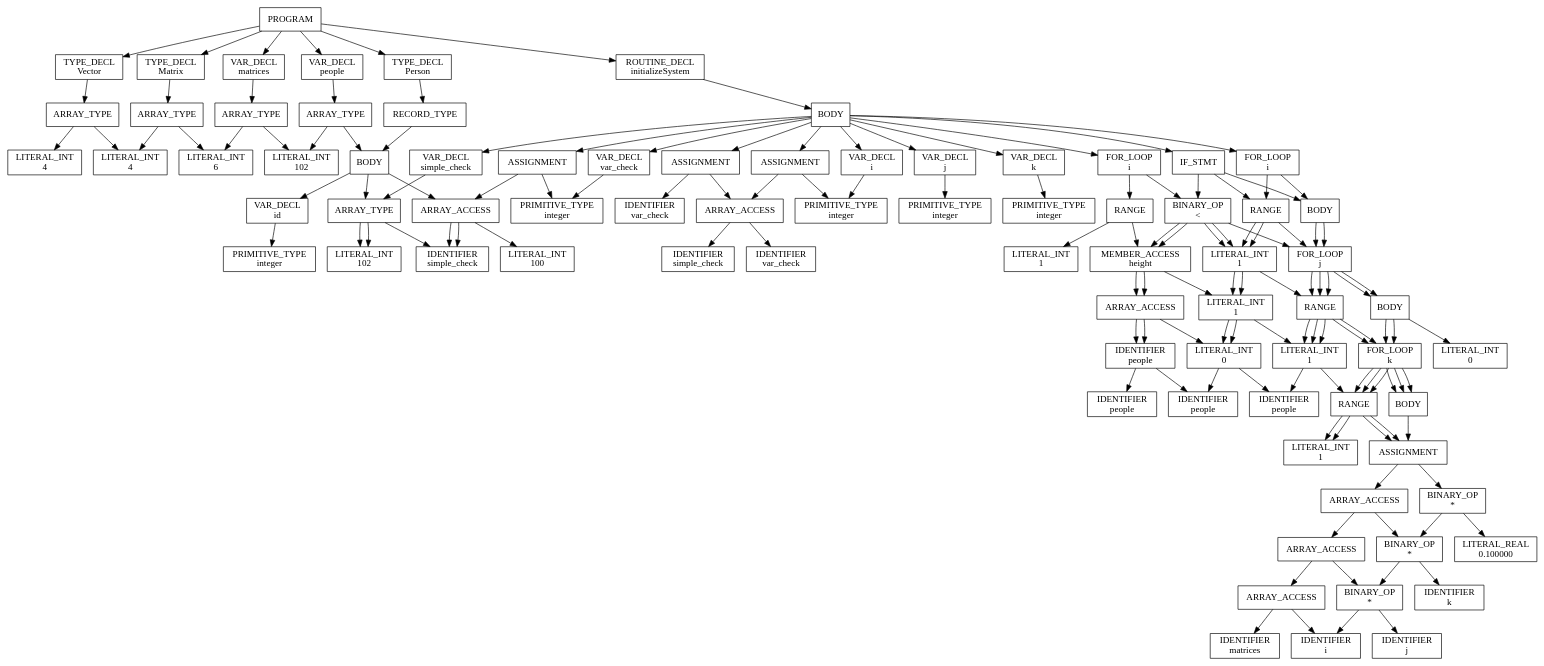
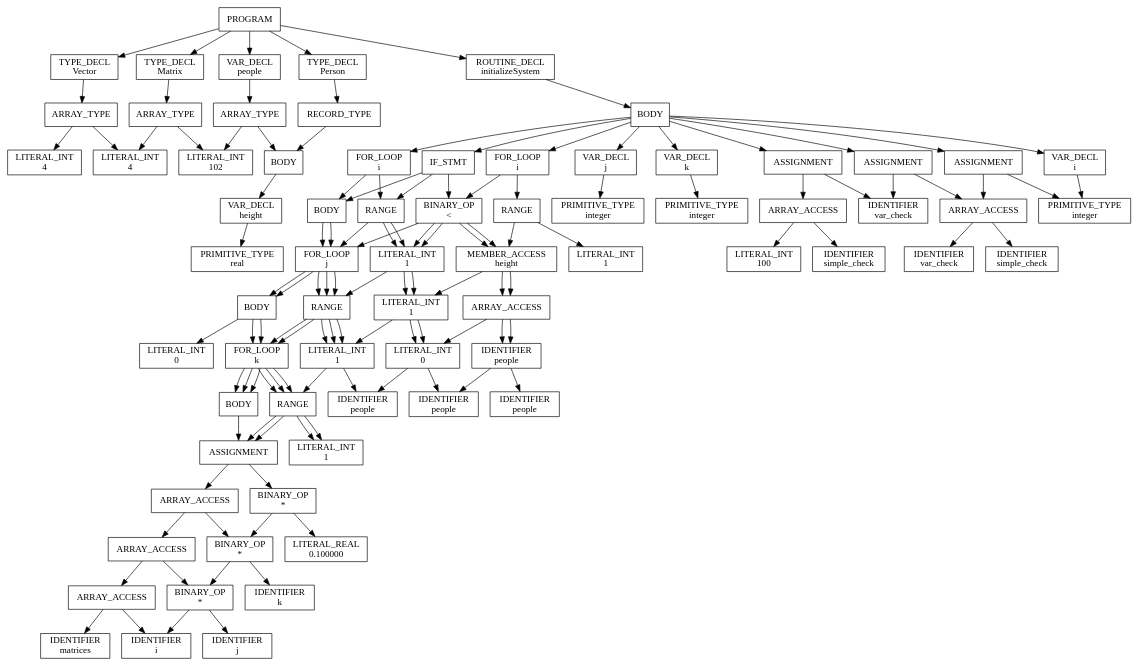
One commit to Sizye/Main-project changed the diagram in temp.txt.dot. Above: the diagram before and after it, drawn with Graphviz. The commit also changed 33 other files, not shown here.

```diff
--- a/temp.txt.dot
+++ b/temp.txt.dot
@@ -18,247 +18,219 @@
   n1002 -> n2003;
   n2003 [label="USER_TYPE\nVector"];
   n0 -> n2001;
-  n2001 [label="VAR_DECL\nmatrices"];
+  n2001 [label="VAR_DECL\npeople"];
   n2001 -> n2002;
   n2002 [label="ARRAY_TYPE"];
   n2002 -> n2003;
-  n2003 [label="LITERAL_INT\n6"];
+  n2003 [label="LITERAL_INT\n102"];
   n2002 -> n3003;
-  n3003 [label="USER_TYPE\nMatrix"];
+  n3003 [label="USER_TYPE\nPerson"];
   n0 -> n3001;
-  n3001 [label="VAR_DECL\npeople"];
+  n3001 [label="TYPE_DECL\nPerson"];
   n3001 -> n3002;
-  n3002 [label="ARRAY_TYPE"];
+  n3002 [label="RECORD_TYPE"];
   n3002 -> n3003;
-  n3003 [label="LITERAL_INT\n102"];
-  n3002 -> n4003;
-  n4003 [label="USER_TYPE\nPerson"];
+  n3003 [label="BODY"];
+  n3003 -> n3004;
+  n3004 [label="VAR_DECL\nheight"];
+  n3004 -> n3005;
+  n3005 [label="PRIMITIVE_TYPE\nreal"];
   n0 -> n4001;
-  n4001 [label="TYPE_DECL\nPerson"];
+  n4001 [label="ROUTINE_DECL\ninitializeSystem"];
   n4001 -> n4002;
-  n4002 [label="RECORD_TYPE"];
+  n4002 [label="BODY"];
   n4002 -> n4003;
-  n4003 [label="BODY"];
+  n4003 [label="ASSIGNMENT"];
   n4003 -> n4004;
-  n4004 [label="VAR_DECL\nid"];
+  n4004 [label="ARRAY_ACCESS"];
   n4004 -> n4005;
-  n4005 [label="PRIMITIVE_TYPE\ninteger"];
+  n4005 [label="IDENTIFIER\nsimple_check"];
+  n4004 -> n5005;
+  n5005 [label="LITERAL_INT\n100"];
   n4003 -> n5004;
-  n5004 [label="VAR_DECL\nheight"];
-  n5004 -> n5005;
-  n5005 [label="PRIMITIVE_TYPE\nreal"];
-  n4003 -> n6004;
-  n6004 [label="VAR_DECL\nisStudent"];
-  n6004 -> n6005;
-  n6005 [label="PRIMITIVE_TYPE\nboolean"];
-  n0 -> n5001;
-  n5001 [label="ROUTINE_DECL\ninitializeSystem"];
-  n5001 -> n5002;
-  n5002 [label="BODY"];
-  n5002 -> n5003;
-  n5003 [label="VAR_DECL\nsimple_check"];
+  n5004 [label="LITERAL_INT\n23"];
+  n4002 -> n5003;
+  n5003 [label="ASSIGNMENT"];
   n5003 -> n5004;
-  n5004 [label="ARRAY_TYPE"];
-  n5004 -> n5005;
-  n5005 [label="LITERAL_INT\n102"];
-  n5004 -> n6005;
-  n6005 [label="PRIMITIVE_TYPE\ninteger"];
-  n5002 -> n6003;
+  n5004 [label="IDENTIFIER\nvar_check"];
+  n5003 -> n6004;
+  n6004 [label="LITERAL_INT\n10"];
+  n4002 -> n6003;
   n6003 [label="ASSIGNMENT"];
   n6003 -> n6004;
   n6004 [label="ARRAY_ACCESS"];
   n6004 -> n6005;
   n6005 [label="IDENTIFIER\nsimple_check"];
   n6004 -> n7005;
-  n7005 [label="LITERAL_INT\n100"];
+  n7005 [label="IDENTIFIER\nvar_check"];
   n6003 -> n7004;
-  n7004 [label="LITERAL_INT\n23"];
-  n5002 -> n7003;
-  n7003 [label="VAR_DECL\nvar_check"];
+  n7004 [label="LITERAL_INT\n234"];
+  n4002 -> n7003;
+  n7003 [label="VAR_DECL\ni"];
   n7003 -> n7004;
   n7004 [label="PRIMITIVE_TYPE\ninteger"];
-  n5002 -> n8003;
-  n8003 [label="ASSIGNMENT"];
+  n4002 -> n8003;
+  n8003 [label="VAR_DECL\nj"];
   n8003 -> n8004;
-  n8004 [label="IDENTIFIER\nvar_check"];
-  n8003 -> n9004;
-  n9004 [label="LITERAL_INT\n10"];
-  n5002 -> n9003;
-  n9003 [label="ASSIGNMENT"];
+  n8004 [label="PRIMITIVE_TYPE\ninteger"];
+  n4002 -> n9003;
+  n9003 [label="VAR_DECL\nk"];
   n9003 -> n9004;
-  n9004 [label="ARRAY_ACCESS"];
-  n9004 -> n9005;
-  n9005 [label="IDENTIFIER\nsimple_check"];
-  n9004 -> n10005;
-  n10005 [label="IDENTIFIER\nvar_check"];
-  n9003 -> n10004;
-  n10004 [label="LITERAL_INT\n234"];
-  n5002 -> n10003;
-  n10003 [label="VAR_DECL\ni"];
+  n9004 [label="PRIMITIVE_TYPE\ninteger"];
+  n4002 -> n10003;
+  n10003 [label="FOR_LOOP\ni"];
   n10003 -> n10004;
-  n10004 [label="PRIMITIVE_TYPE\ninteger"];
-  n5002 -> n11003;
-  n11003 [label="VAR_DECL\nj"];
-  n11003 -> n11004;
-  n11004 [label="PRIMITIVE_TYPE\ninteger"];
-  n5002 -> n12003;
-  n12003 [label="VAR_DECL\nk"];
-  n12003 -> n12004;
-  n12004 [label="PRIMITIVE_TYPE\ninteger"];
-  n5002 -> n13003;
-  n13003 [label="FOR_LOOP\ni"];
-  n13003 -> n13004;
-  n13004 [label="RANGE"];
-  n13004 -> n13005;
-  n13005 [label="LITERAL_INT\n1"];
-  n13004 -> n14005;
-  n14005 [label="LITERAL_INT\n100"];
-  n13003 -> n14004;
-  n14004 [label="BODY"];
-  n14004 -> n14005;
-  n14005 [label="ASSIGNMENT"];
-  n14005 -> n14006;
-  n14006 [label="MEMBER_ACCESS\nid"];
+  n10004 [label="RANGE"];
+  n10004 -> n10005;
+  n10005 [label="LITERAL_INT\n1"];
+  n10004 -> n11005;
+  n11005 [label="LITERAL_INT\n100"];
+  n10003 -> n11004;
+  n11004 [label="BODY"];
+  n11004 -> n11005;
+  n11005 [label="ASSIGNMENT"];
+  n11005 -> n11006;
+  n11006 [label="MEMBER_ACCESS\nid"];
+  n11006 -> n11007;
+  n11007 [label="ARRAY_ACCESS"];
+  n11007 -> n11008;
+  n11008 [label="IDENTIFIER\npeople"];
+  n11007 -> n12008;
+  n12008 [label="IDENTIFIER\ni"];
+  n11005 -> n12006;
+  n12006 [label="BINARY_OP\n+"];
+  n12006 -> n12007;
+  n12007 [label="LITERAL_INT\n1000"];
+  n12006 -> n13007;
+  n13007 [label="IDENTIFIER\ni"];
+  n11004 -> n12005;
+  n12005 [label="ASSIGNMENT"];
+  n12005 -> n12006;
+  n12006 [label="MEMBER_ACCESS\nheight"];
+  n12006 -> n12007;
+  n12007 [label="ARRAY_ACCESS"];
+  n12007 -> n12008;
+  n12008 [label="IDENTIFIER\npeople"];
+  n12007 -> n13008;
+  n13008 [label="IDENTIFIER\ni"];
+  n12005 -> n13006;
+  n13006 [label="BINARY_OP\n+"];
+  n13006 -> n13007;
+  n13007 [label="LITERAL_REAL\n1.500000"];
+  n13006 -> n14007;
+  n14007 [label="BINARY_OP\n*"];
+  n14007 -> n14008;
+  n14008 [label="BINARY_OP\n%"];
+  n14008 -> n14009;
+  n14009 [label="IDENTIFIER\ni"];
+  n14008 -> n15009;
+  n15009 [label="LITERAL_INT\n10"];
+  n14007 -> n15008;
+  n15008 [label="LITERAL_REAL\n0.100000"];
+  n11004 -> n13005;
+  n13005 [label="ASSIGNMENT"];
+  n13005 -> n13006;
+  n13006 [label="MEMBER_ACCESS\nisStudent"];
+  n13006 -> n13007;
+  n13007 [label="ARRAY_ACCESS"];
+  n13007 -> n13008;
+  n13008 [label="IDENTIFIER\npeople"];
+  n13007 -> n14008;
+  n14008 [label="IDENTIFIER\ni"];
+  n13005 -> n14006;
+  n14006 [label="BINARY_OP\n="];
   n14006 -> n14007;
-  n14007 [label="ARRAY_ACCESS"];
+  n14007 [label="BINARY_OP\n%"];
   n14007 -> n14008;
-  n14008 [label="IDENTIFIER\npeople"];
+  n14008 [label="IDENTIFIER\ni"];
   n14007 -> n15008;
-  n15008 [label="IDENTIFIER\ni"];
-  n14005 -> n15006;
-  n15006 [label="BINARY_OP\n+"];
-  n15006 -> n15007;
-  n15007 [label="LITERAL_INT\n1000"];
-  n15006 -> n16007;
-  n16007 [label="IDENTIFIER\ni"];
-  n14004 -> n15005;
-  n15005 [label="ASSIGNMENT"];
-  n15005 -> n15006;
-  n15006 [label="MEMBER_ACCESS\nheight"];
-  n15006 -> n15007;
-  n15007 [label="ARRAY_ACCESS"];
-  n15007 -> n15008;
-  n15008 [label="IDENTIFIER\npeople"];
-  n15007 -> n16008;
-  n16008 [label="IDENTIFIER\ni"];
-  n15005 -> n16006;
-  n16006 [label="BINARY_OP\n+"];
-  n16006 -> n16007;
-  n16007 [label="LITERAL_REAL\n1.500000"];
-  n16006 -> n17007;
-  n17007 [label="BINARY_OP\n*"];
-  n17007 -> n17008;
-  n17008 [label="BINARY_OP\n%"];
-  n17008 -> n17009;
-  n17009 [label="IDENTIFIER\ni"];
-  n17008 -> n18009;
-  n18009 [label="LITERAL_INT\n10"];
-  n17007 -> n18008;
-  n18008 [label="LITERAL_REAL\n0.100000"];
-  n14004 -> n16005;
-  n16005 [label="ASSIGNMENT"];
-  n16005 -> n16006;
-  n16006 [label="MEMBER_ACCESS\nisStudent"];
-  n16006 -> n16007;
-  n16007 [label="ARRAY_ACCESS"];
-  n16007 -> n16008;
-  n16008 [label="IDENTIFIER\npeople"];
-  n16007 -> n17008;
-  n17008 [label="IDENTIFIER\ni"];
-  n16005 -> n17006;
-  n17006 [label="BINARY_OP\n="];
-  n17006 -> n17007;
-  n17007 [label="BINARY_OP\n%"];
-  n17007 -> n17008;
-  n17008 [label="IDENTIFIER\ni"];
-  n17007 -> n18008;
-  n18008 [label="LITERAL_INT\n3"];
-  n17006 -> n18007;
-  n18007 [label="LITERAL_INT\n0"];
-  n5002 -> n14003;
-  n14003 [label="IF_STMT"];
-  n14003 -> n14004;
-  n14004 [label="BINARY_OP\n<"];
-  n14004 -> n14005;
-  n14005 [label="MEMBER_ACCESS\nheight"];
-  n14005 -> n14006;
-  n14006 [label="ARRAY_ACCESS"];
-  n14006 -> n14007;
-  n14007 [label="IDENTIFIER\npeople"];
+  n15008 [label="LITERAL_INT\n3"];
   n14006 -> n15007;
   n15007 [label="LITERAL_INT\n0"];
-  n14004 -> n15005;
-  n15005 [label="LITERAL_INT\n32"];
-  n14003 -> n15004;
-  n15004 [label="BODY"];
-  n15004 -> n15005;
-  n15005 [label="RETURN_STMT"];
-  n15005 -> n15006;
-  n15006 [label="LITERAL_INT\n1"];
-  n14003 -> n16004;
-  n16004 [label="BODY"];
-  n16004 -> n16005;
-  n16005 [label="RETURN_STMT"];
-  n16005 -> n16006;
-  n16006 [label="LITERAL_INT\n0"];
-  n5002 -> n15003;
-  n15003 [label="FOR_LOOP\ni"];
-  n15003 -> n15004;
-  n15004 [label="RANGE"];
-  n15004 -> n15005;
-  n15005 [label="LITERAL_INT\n1"];
-  n15004 -> n16005;
-  n16005 [label="LITERAL_INT\n5"];
-  n15003 -> n16004;
-  n16004 [label="BODY"];
-  n16004 -> n16005;
-  n16005 [label="FOR_LOOP\nj"];
-  n16005 -> n16006;
-  n16006 [label="RANGE"];
-  n16006 -> n16007;
-  n16007 [label="LITERAL_INT\n1"];
-  n16006 -> n17007;
-  n17007 [label="LITERAL_INT\n3"];
-  n16005 -> n17006;
-  n17006 [label="BODY"];
-  n17006 -> n17007;
-  n17007 [label="FOR_LOOP\nk"];
-  n17007 -> n17008;
-  n17008 [label="RANGE"];
-  n17008 -> n17009;
-  n17009 [label="LITERAL_INT\n1"];
-  n17008 -> n18009;
-  n18009 [label="LITERAL_INT\n3"];
-  n17007 -> n18008;
-  n18008 [label="BODY"];
-  n18008 -> n18009;
-  n18009 [label="ASSIGNMENT"];
-  n18009 -> n18010;
-  n18010 [label="ARRAY_ACCESS"];
-  n18010 -> n18011;
-  n18011 [label="ARRAY_ACCESS"];
-  n18011 -> n18012;
-  n18012 [label="ARRAY_ACCESS"];
-  n18012 -> n18013;
-  n18013 [label="IDENTIFIER\nmatrices"];
-  n18012 -> n19013;
-  n19013 [label="IDENTIFIER\ni"];
-  n18011 -> n19012;
-  n19012 [label="IDENTIFIER\nj"];
-  n18010 -> n19011;
-  n19011 [label="IDENTIFIER\nk"];
-  n18009 -> n19010;
-  n19010 [label="BINARY_OP\n*"];
-  n19010 -> n19011;
-  n19011 [label="BINARY_OP\n*"];
-  n19011 -> n19012;
-  n19012 [label="BINARY_OP\n*"];
-  n19012 -> n19013;
-  n19013 [label="IDENTIFIER\ni"];
-  n19012 -> n20013;
-  n20013 [label="IDENTIFIER\nj"];
-  n19011 -> n20012;
-  n20012 [label="IDENTIFIER\nk"];
-  n19010 -> n20011;
-  n20011 [label="LITERAL_REAL\n0.100000"];
+  n4002 -> n11003;
+  n11003 [label="IF_STMT"];
+  n11003 -> n11004;
+  n11004 [label="BINARY_OP\n<"];
+  n11004 -> n11005;
+  n11005 [label="MEMBER_ACCESS\nheight"];
+  n11005 -> n11006;
+  n11006 [label="ARRAY_ACCESS"];
+  n11006 -> n11007;
+  n11007 [label="IDENTIFIER\npeople"];
+  n11006 -> n12007;
+  n12007 [label="LITERAL_INT\n0"];
+  n11004 -> n12005;
+  n12005 [label="LITERAL_INT\n32"];
+  n11003 -> n12004;
+  n12004 [label="BODY"];
+  n12004 -> n12005;
+  n12005 [label="RETURN_STMT"];
+  n12005 -> n12006;
+  n12006 [label="LITERAL_INT\n1"];
+  n11003 -> n13004;
+  n13004 [label="BODY"];
+  n13004 -> n13005;
+  n13005 [label="RETURN_STMT"];
+  n13005 -> n13006;
+  n13006 [label="LITERAL_INT\n0"];
+  n4002 -> n12003;
+  n12003 [label="FOR_LOOP\ni"];
+  n12003 -> n12004;
+  n12004 [label="RANGE"];
+  n12004 -> n12005;
+  n12005 [label="LITERAL_INT\n1"];
+  n12004 -> n13005;
+  n13005 [label="LITERAL_INT\n5"];
+  n12003 -> n13004;
+  n13004 [label="BODY"];
+  n13004 -> n13005;
+  n13005 [label="FOR_LOOP\nj"];
+  n13005 -> n13006;
+  n13006 [label="RANGE"];
+  n13006 -> n13007;
+  n13007 [label="LITERAL_INT\n1"];
+  n13006 -> n14007;
+  n14007 [label="LITERAL_INT\n3"];
+  n13005 -> n14006;
+  n14006 [label="BODY"];
+  n14006 -> n14007;
+  n14007 [label="FOR_LOOP\nk"];
+  n14007 -> n14008;
+  n14008 [label="RANGE"];
+  n14008 -> n14009;
+  n14009 [label="LITERAL_INT\n1"];
+  n14008 -> n15009;
+  n15009 [label="LITERAL_INT\n3"];
+  n14007 -> n15008;
+  n15008 [label="BODY"];
+  n15008 -> n15009;
+  n15009 [label="ASSIGNMENT"];
+  n15009 -> n15010;
+  n15010 [label="ARRAY_ACCESS"];
+  n15010 -> n15011;
+  n15011 [label="ARRAY_ACCESS"];
+  n15011 -> n15012;
+  n15012 [label="ARRAY_ACCESS"];
+  n15012 -> n15013;
+  n15013 [label="IDENTIFIER\nmatrices"];
+  n15012 -> n16013;
+  n16013 [label="IDENTIFIER\ni"];
+  n15011 -> n16012;
+  n16012 [label="IDENTIFIER\nj"];
+  n15010 -> n16011;
+  n16011 [label="IDENTIFIER\nk"];
+  n15009 -> n16010;
+  n16010 [label="BINARY_OP\n*"];
+  n16010 -> n16011;
+  n16011 [label="BINARY_OP\n*"];
+  n16011 -> n16012;
+  n16012 [label="BINARY_OP\n*"];
+  n16012 -> n16013;
+  n16013 [label="IDENTIFIER\ni"];
+  n16012 -> n17013;
+  n17013 [label="IDENTIFIER\nj"];
+  n16011 -> n17012;
+  n17012 [label="IDENTIFIER\nk"];
+  n16010 -> n17011;
+  n17011 [label="LITERAL_REAL\n0.100000"];
 }
```
